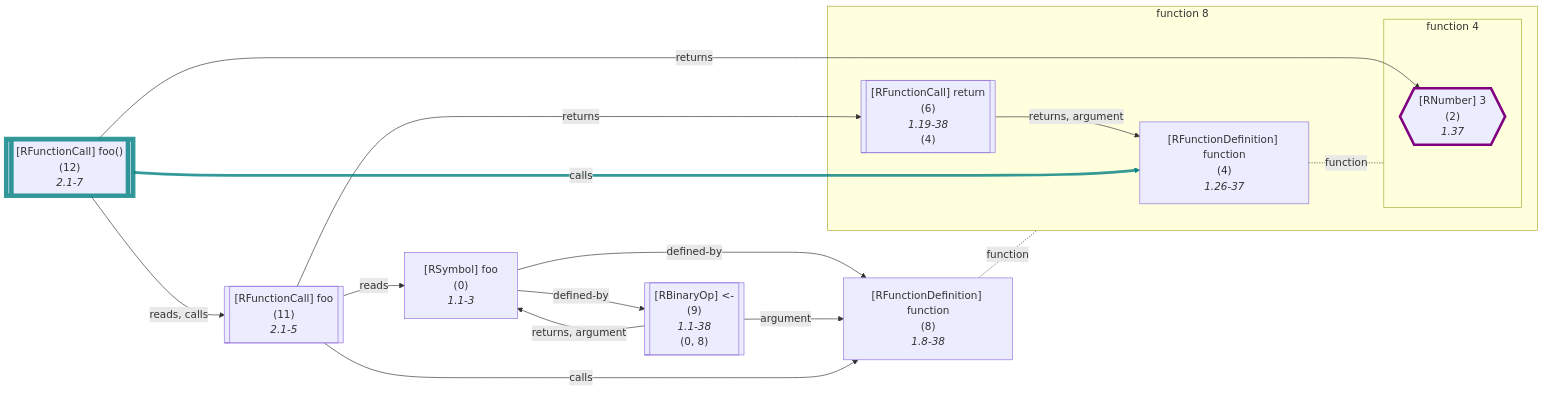
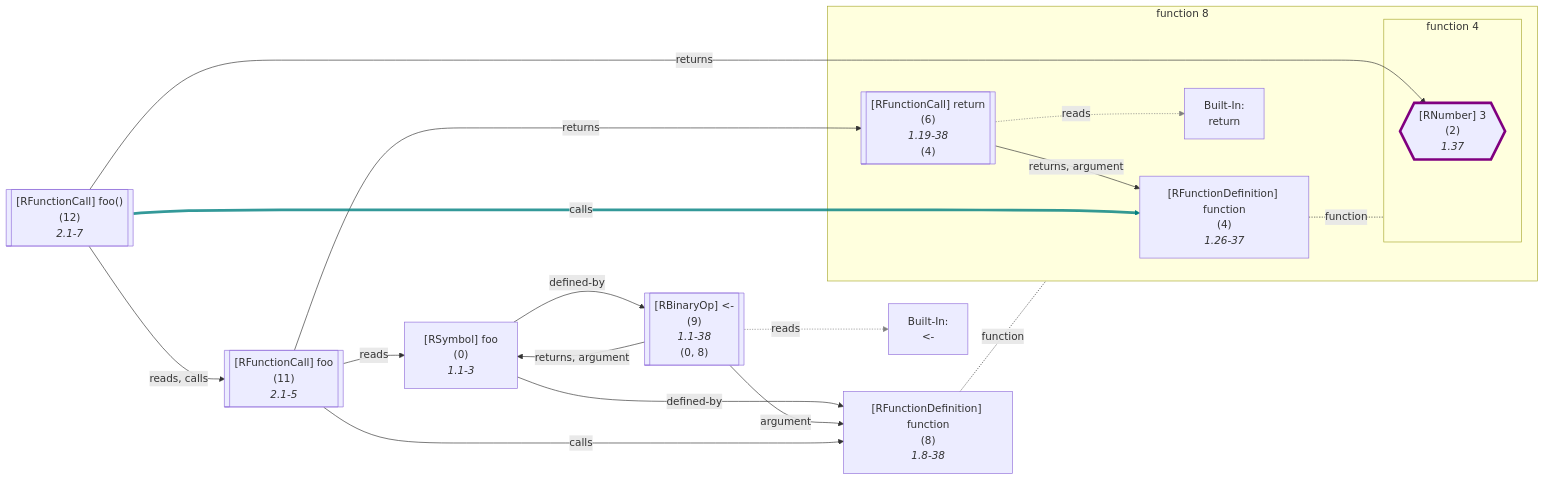
Diagram 16 of 48 in wiki/Dataflow Graph.md (flowr-analysis/flowr), drawn with Mermaid before and after one commit. The commit also changed other lines of this file and 7 other files, not shown here.

Commit message:
[skip ci] doc: update generated wiki pages (wiki/Capabilities,wiki/Dataflow Graph,wiki/Search API,wiki/Interface,wiki/Control Flow Graph,wiki/Linting and Testing,wiki/Core,README)

````diff
--- a/wiki/Dataflow Graph.md
+++ b/wiki/Dataflow Graph.md
@@ -2296,65 +2414,72 @@
 ```mermaid
 flowchart LR
     8["`#91;RFunctionDefinition#93; function
       (8)
       *1.8-38*`"]
 
 subgraph "flow-8" [function 8]
     %% Environment of 4 [level: 1]:
     %% Built-in
     %% 282----------------------------------------
     %% 283----------------------------------------
     4["`#91;RFunctionDefinition#93; function
       (4)
       *1.26-37*`"]
 
 subgraph "flow-4" [function 4]
     2{{"`#91;RNumber#93; 3
       (2)
       *1.37*`"}}
     style 2 stroke:purple,stroke-width:4px; 
 end
     6[["`#91;RFunctionCall#93; return
       (6)
       *1.19-38*
     (4)`"]]
+    built-in:return["`Built-In:
+return`"]
 end
     0["`#91;RSymbol#93; foo
       (0)
       *1.1-3*`"]
     9[["`#91;RBinaryOp#93; #60;#45;
       (9)
       *1.1-38*
     (0, 8)`"]]
+    built-in:_-["`Built-In:
+#60;#45;`"]
     %% Environment of 11 [level: 0]:
     %% Built-in
     %% 302----------------------------------------
     %%   foo: {**foo** (id: 0, type: Function, def. @9)}
     11[["`#91;RFunctionCall#93; foo
       (11)
       *2.1-5*`"]]
     %% Environment of 12 [level: 0]:
     %% Built-in
     %% 303----------------------------------------
     %%   foo: {**foo** (id: 0, type: Function, def. @9)}
     12[["`#91;RFunctionCall#93; foo()
       (12)
       *2.1-7*`"]]
-    style 12 stroke:teal,stroke-width:7px,stroke-opacity:.8; 
 4 -.-|function| flow-4
 
     6 -->|"returns, argument"| 4
+    6 -.->|"reads"| built-in:return
+    linkStyle 2 stroke:gray;
 8 -.-|function| flow-8
 
     0 -->|"defined-by"| 8
     0 -->|"defined-by"| 9
     9 -->|"argument"| 8
     9 -->|"returns, argument"| 0
+    9 -.->|"reads"| built-in:_-
+    linkStyle 8 stroke:gray;
     11 -->|"reads"| 0
     11 -->|"returns"| 6
     11 -->|"calls"| 8
     12 -->|"reads, calls"| 11
     12 -->|"returns"| 2
     12 -->|"calls"| 4
-    linkStyle 12 stroke:teal,stroke-width:4.2px,stroke-opacity:.8
+    linkStyle 14 stroke:teal,stroke-width:4.2px,stroke-opacity:.8
 ```
````
